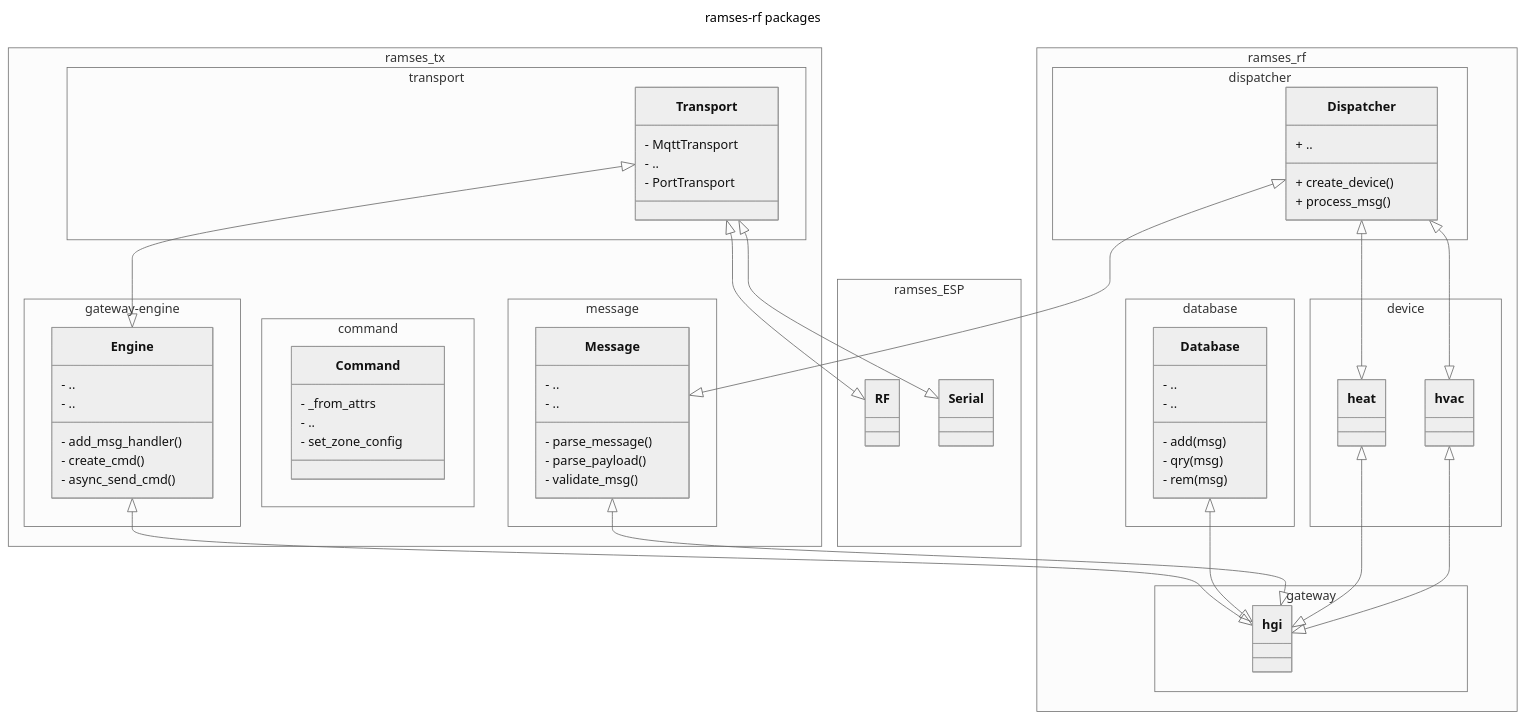
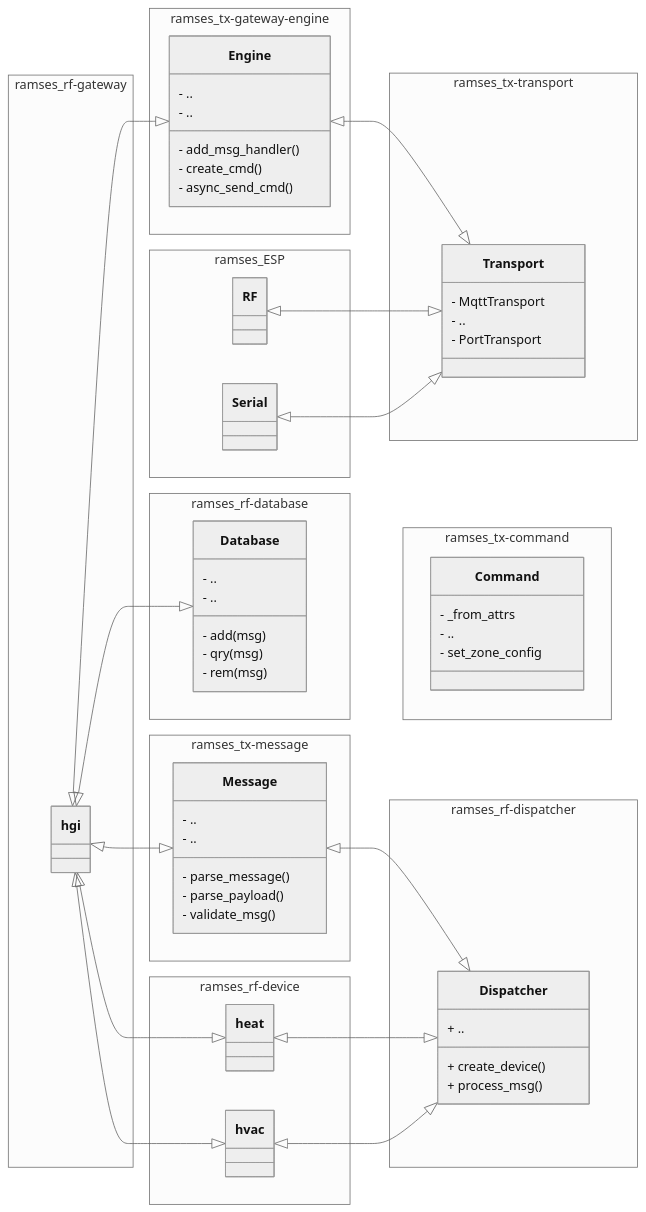
Before and after one commit to silverailscolo/ramses_rf: the diagram in docs/source/modules.rst, drawn with Mermaid (neutral theme). The commit also changed other lines of this file and 1 other file, not shown here.

Commit message:
add class diagram to docs modules page

```diff
--- a/docs/source/modules.rst
+++ b/docs/source/modules.rst
@@ -11,16 +4,16 @@
 .. mermaid::
-    ---
-    title: ramses-rf packages
-    ---
+
     classDiagram
-        namespace ramses_rf.dispatcher{
+        direction RL
+
+        namespace ramses_rf-dispatcher{
             class Dispatcher{
                 + create_device()
                 + ..
                 + process_msg()
             }
         }
-        namespace ramses_rf.database{
+        namespace ramses_rf-database{
             class Database {
                 - add(msg)
                 - ..
@@ -29,14 +22,14 @@
                 - rem(msg)
             }
         }
-        namespace ramses_rf.device{
+        namespace ramses_rf-device{
             class heat
             class hvac
         }
-        namespace ramses_rf.gateway{
+        namespace ramses_rf-gateway{
             class hgi
         }
-        namespace ramses_tx.message{
+        namespace ramses_tx-message{
             class Message {
                 - parse_message()
                 - ..
@@ -45,14 +38,14 @@
                 - validate_msg()
             }
         }
-        namespace ramses_tx.command{
+        namespace ramses_tx-command{
             class Command{
                 - _from_attrs
                 - ..
                 - set_zone_config
             }
         }
-        namespace ramses_tx.gateway-engine{
+        namespace ramses_tx-gateway-engine{
             class Engine {
                 - add_msg_handler()
                 - ..
@@ -61,7 +54,7 @@
                 - async_send_cmd()
             }
         }
-        namespace ramses_tx.transport{
+        namespace ramses_tx-transport{
             class Transport {
                 - MqttTransport
                 - ..
@@ -69,8 +62,8 @@
             }
         }
         namespace ramses_ESP{
-            class RF
-            class Serial
+            class RF:::esp
+            class Serial:::esp
         }
 
         Transport <|--|> Serial
@@ -84,3 +77,13 @@
         Dispatcher <|--|> hvac
         Dispatcher <|--|> heat
         Dispatcher <|--|> Message
+
+        click Transport href "ramses_tx.html#module-ramses_tx.transport" "docs"
+        click Engine href "ramses_tx.html#module-ramses_tx.gateway" "docs"
+        click hgi href "ramses_rf.html#module-ramses_rf.gateway" "docs"
+        click Database href "ramses_rf.html#module-ramses_rf.database" "docs"
+        click Message href "ramses_tx.html#module-ramses_tx.message" "docs"
+        click heat href "ramses_rf.device.html#module-ramses_rf.device.heat" "docs"
+        click hvac href "ramses_rf.device.html#module-ramses_rf.device.hvac" "docs"
+        click Dispatcher href "ramses_rf.html#module-ramses_rf.dispatcher" "docs"
+        click Command href "ramses_tx.html#module-ramses_tx.command" "docs"
```
